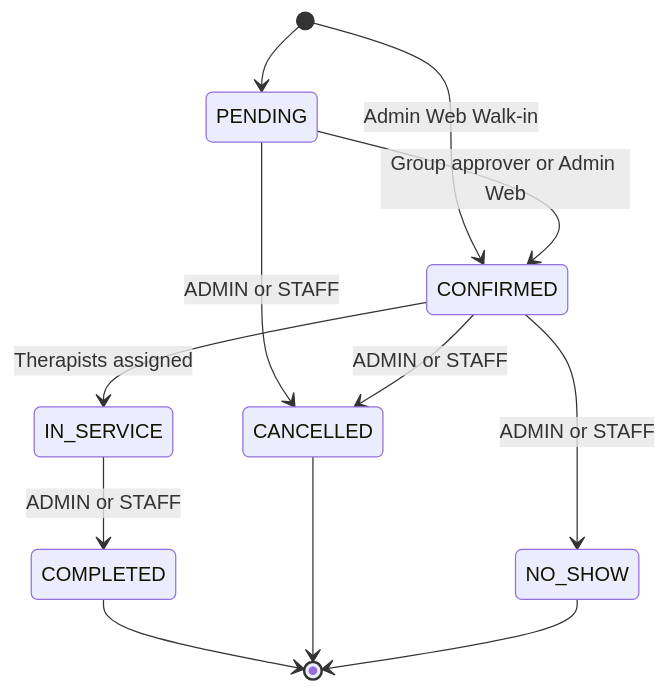
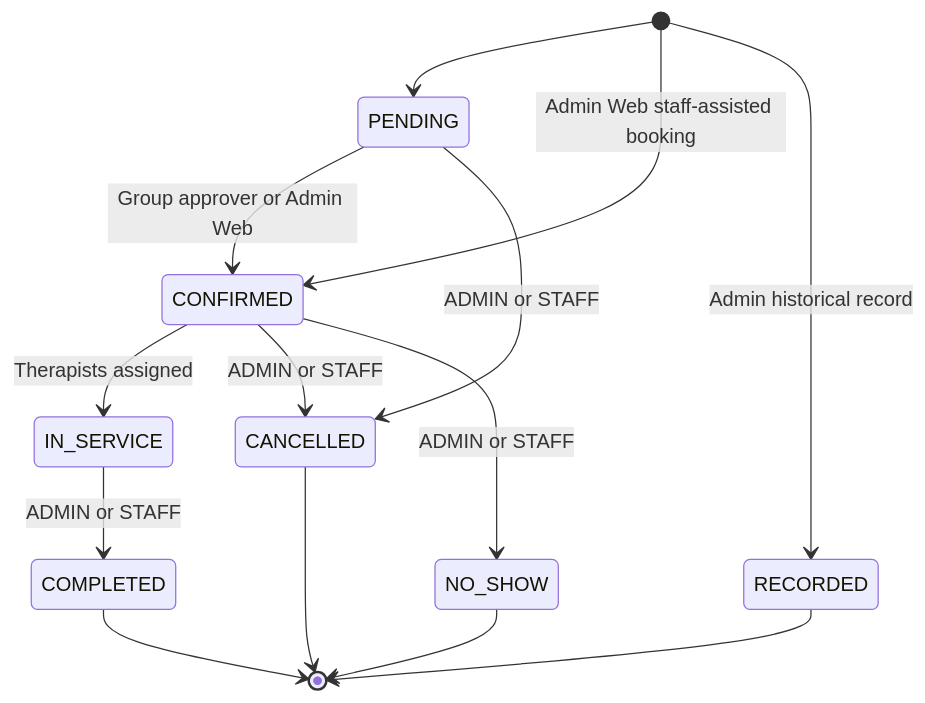
One commit to chonlathan-cloud/Project_microprojectP49_frontend changed the fourth of 4 diagrams in SPA/Document/HLD.md. Above: the diagram before and after it, drawn with Mermaid. The commit also changed other lines of this file and 16 other files, not shown here.

````diff
--- a/SPA/Document/HLD.md
+++ b/SPA/Document/HLD.md
@@ -441,14 +443,16 @@
 ```mermaid
 stateDiagram-v2
     [*] --> PENDING
-    [*] --> CONFIRMED: Admin Web Walk-in
+    [*] --> CONFIRMED: Admin Web staff-assisted booking
+    [*] --> RECORDED: Admin historical record
     PENDING --> CONFIRMED: Group approver or Admin Web
     PENDING --> CANCELLED: ADMIN or STAFF
     CONFIRMED --> IN_SERVICE: Therapists assigned
     CONFIRMED --> CANCELLED: ADMIN or STAFF
     CONFIRMED --> NO_SHOW: ADMIN or STAFF
     IN_SERVICE --> COMPLETED: ADMIN or STAFF
     COMPLETED --> [*]
+    RECORDED --> [*]
     CANCELLED --> [*]
     NO_SHOW --> [*]
 ```
````
